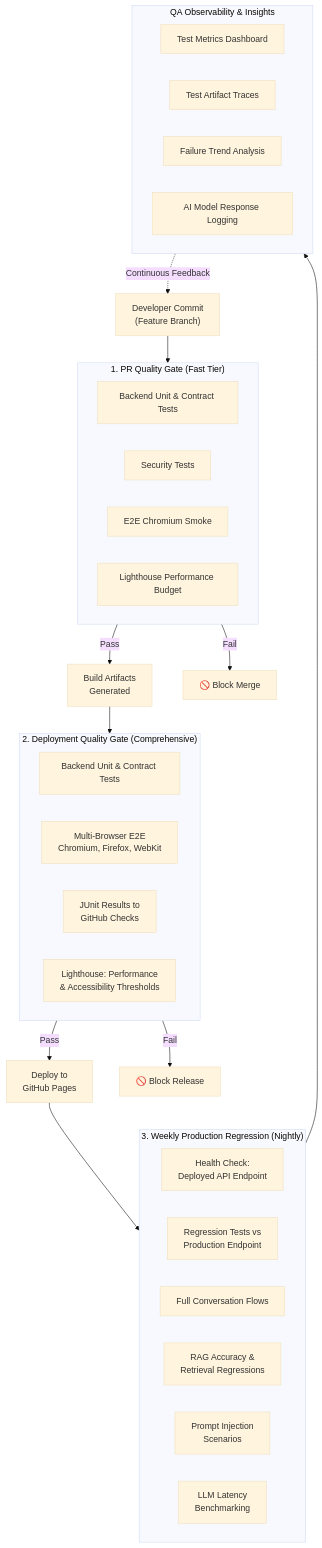
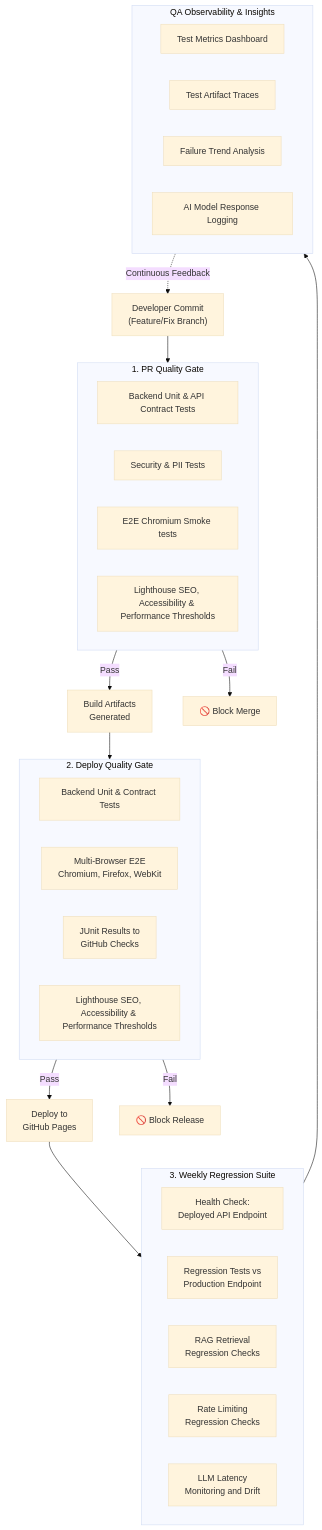
One commit to David101111101/PortfolioReactAppRepo changed the first of 2 diagrams in docs/qa-strategy-architecture.md. Above: the diagram before and after it, drawn with Mermaid (base theme). The commit also changed other lines of this file and 12 other files, not shown here.

````diff
--- a/docs/qa-strategy-architecture.md
+++ b/docs/qa-strategy-architecture.md
@@ -10,61 +10,59 @@
 ```mermaid
 flowchart TD
   DevCommit["Developer Commit
-(Feature Branch)"]
+(Feature/Fix Branch)"]
 
   DevCommit --> PRGate
 
-  subgraph PRGate["1. PR Quality Gate (Fast Tier)"]
-    PRBackend["Backend Unit & Contract Tests"]
-    PRSecurity["Security Tests"]
-    PRE2E["E2E Chromium Smoke"]
-    PRLighthouse["Lighthouse Performance Budget"]
+  subgraph PRGate["1. PR Quality Gate"]
+    PRBackend["Backend Unit & API Contract Tests"]
+    PRSecurity["Security & PII Tests"]
+    PRE2E["E2E Chromium Smoke tests"]
+    PRLighthouse["Lighthouse SEO, Accessibility & Performance Thresholds"]
   end
 
   PRGate -->|Pass| BuildArtifacts["Build Artifacts
 Generated"]
   PRGate -->|Fail| BlockMerge["🚫 Block Merge"]
 
   BuildArtifacts --> DeployGate
 
-  subgraph DeployGate["2. Deployment Quality Gate (Comprehensive)"]
+  subgraph DeployGate["2. Deploy Quality Gate"]
     DepBackend["Backend Unit & Contract Tests"]
     DepMultiBrowser["Multi-Browser E2E
 Chromium, Firefox, WebKit"]
     DepJUnit["JUnit Results to
 GitHub Checks"]
-    DepLighthouse["Lighthouse: Performance
-& Accessibility Thresholds"]
+    DepLighthouse["Lighthouse SEO, Accessibility & Performance Thresholds"]
   end
 
   DeployGate -->|Pass| ProductionDeploy["Deploy to
 GitHub Pages"]
   DeployGate -->|Fail| BlockRelease["🚫 Block Release"]
 
   ProductionDeploy --> RegressionMonitor
 
-  subgraph RegressionMonitor["3. Weekly Production Regression (Nightly)"]
+  subgraph RegressionMonitor["3. Weekly Regression Suite"]
     ProdHealth["Health Check:
 Deployed API Endpoint"]
     ProdBackend["Regression Tests vs
 Production Endpoint"]
-    ProdFull["Full Conversation Flows"]
-    ProdRAG["RAG Accuracy &
-Retrieval Regressions"]
-    ProdSecurity["Prompt Injection
-Scenarios"]
+    ProdRAG["RAG Retrieval
+  Regression Checks"]
+    ProdRateLimit["Rate Limiting
+  Regression Checks"]
     ProdLatency["LLM Latency
-Benchmarking"]
+  Monitoring and Drift"]
   end
 
   RegressionMonitor --> Observability
 
   subgraph Observability["QA Observability & Insights"]
     Metrics["Test Metrics Dashboard"]
     Traces["Test Artifact Traces"]
     Dashboards["Failure Trend Analysis"]
     LoggingAI["AI Model Response Logging"]
   end
 
   Observability -.->|Continuous Feedback| DevCommit
 ```
````
